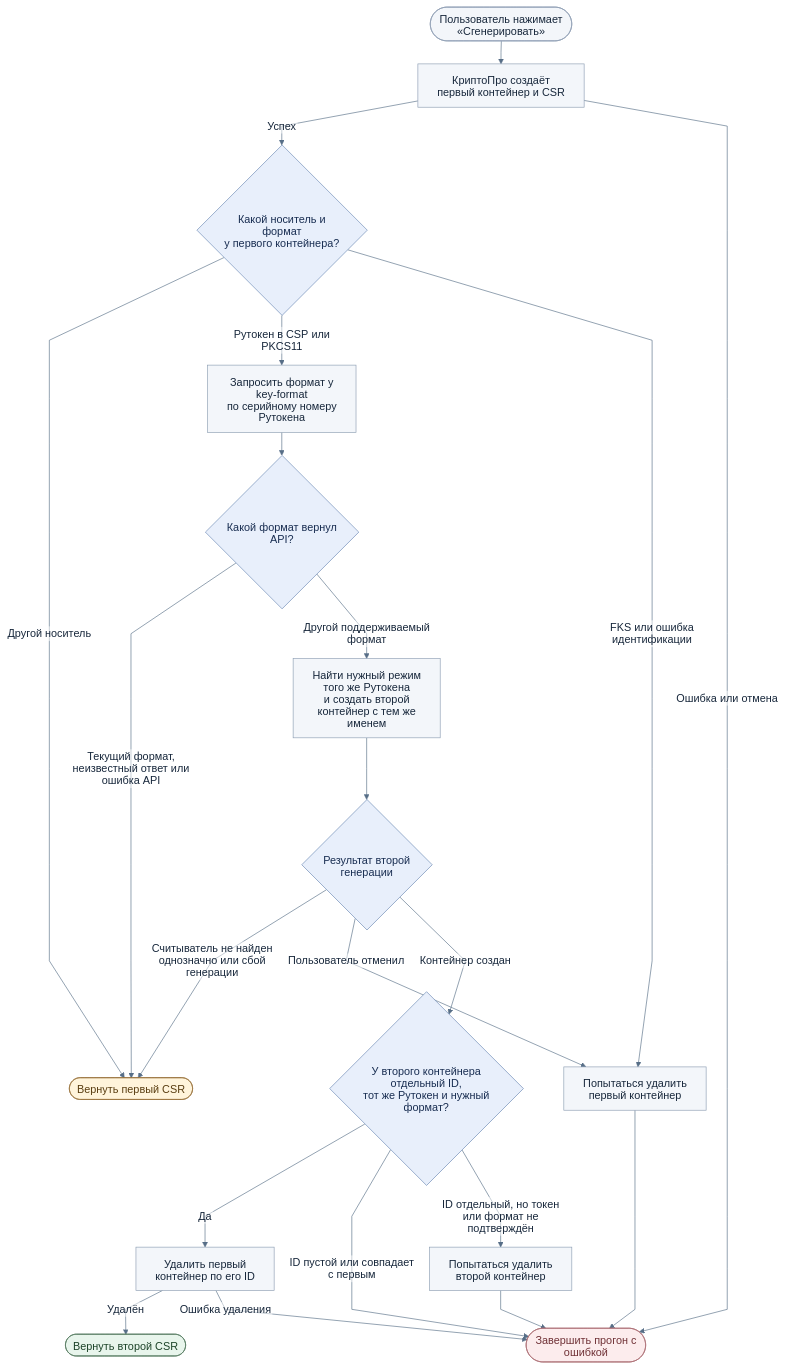
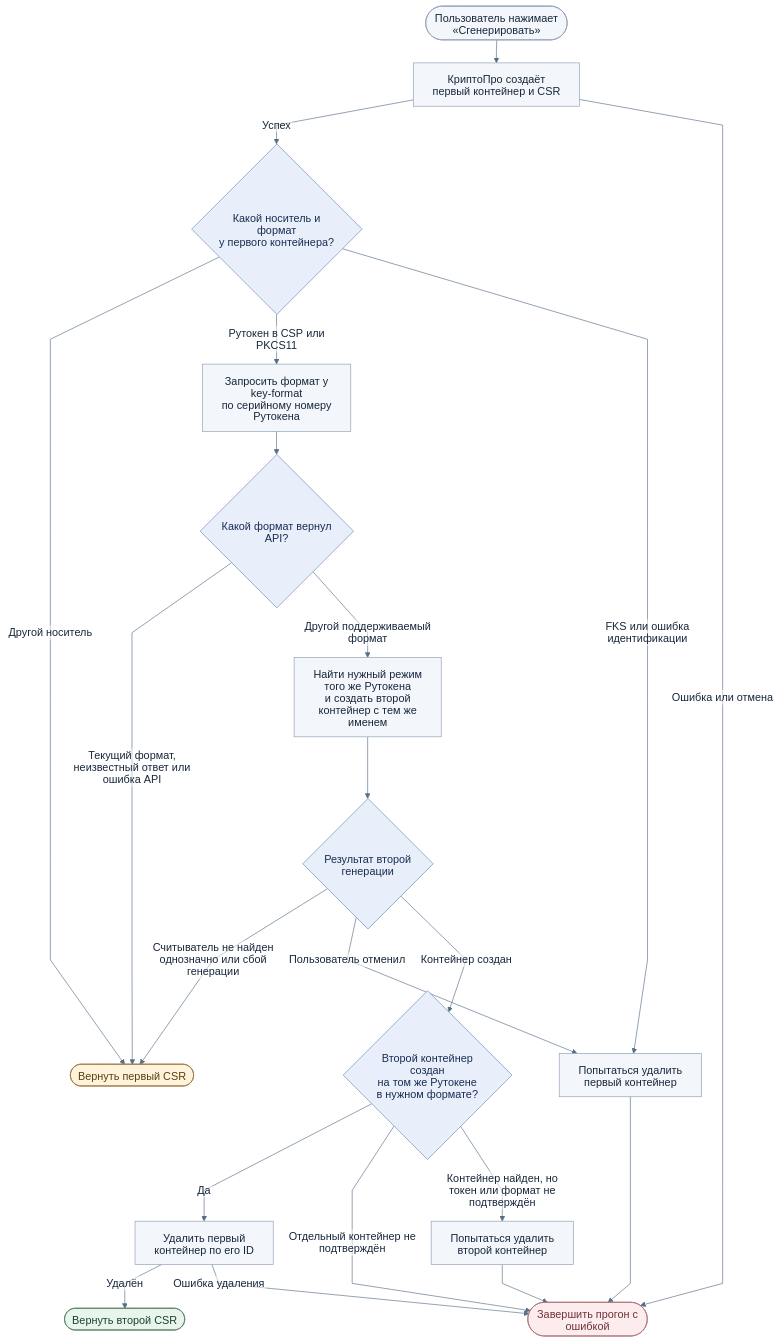
One commit to psevdomak/crypto-test changed the diagram in reissue/reissue-flow.mmd. Above: the diagram before and after it, drawn with Mermaid. The commit also changed 2 other files, not shown here.

Commit message:
Simplify the final-container decision in the reissue flowchart

```diff
--- a/reissue/reissue-flow.mmd
+++ b/reissue/reissue-flow.mmd
@@ -1,65 +1,65 @@
 ---
 config:
   theme: base
   htmlLabels: false
   themeCSS: |
     text { font-family: system-ui, sans-serif; }
     .background { fill: #fff; }
   themeVariables:
     fontFamily: 'system-ui, sans-serif'
     fontSize: '17px'
     primaryColor: '#f3f6fa'
     primaryTextColor: '#17273b'
     primaryBorderColor: '#8c9db2'
     lineColor: '#576e87'
     edgeLabelBackground: '#ffffff'
   flowchart:
     curve: linear
     nodeSpacing: 24
     rankSpacing: 36
 ---
 flowchart TD
     accTitle: Динамическая генерация ключей
     accDescr: Выбор формата ключа по серийному номеру Рутокена, повторная генерация, фолбэк и очистка контейнеров.
     START([Пользователь нажимает «Сгенерировать»])
     FIRST["КриптоПро создаёт первый контейнер и CSR"]
     TOKEN{"Какой носитель и формат<br/>у первого контейнера?"}
     API["Запросить формат у key-format<br/>по серийному номеру Рутокена"]
     FORMAT{"Какой формат вернул API?"}
     SECOND["Найти нужный режим того же Рутокена<br/>и создать второй контейнер с тем же именем"]
     RESULT{"Результат второй генерации"}
-    CHECK{"У второго контейнера отдельный ID,<br/>тот же Рутокен и нужный формат?"}
+    CHECK{"Второй контейнер создан<br/>на том же Рутокене<br/>в нужном формате?"}
     CLEAN["Удалить первый контейнер по его ID"]
     KEEP([Вернуть первый CSR])
     DONE([Вернуть второй CSR])
     FAIL([Завершить прогон с ошибкой])
 
     START --> FIRST
     FIRST -->|Успех| TOKEN
     FIRST -->|Ошибка или отмена| FAIL
     TOKEN -->|Другой носитель| KEEP
     TOKEN -->|Рутокен в CSP или PKCS11| API
     TOKEN -->|FKS или ошибка идентификации| DROP1["Попытаться удалить первый контейнер"] --> FAIL
 
     API --> FORMAT
     FORMAT -->|Текущий формат, неизвестный ответ или ошибка API| KEEP
     FORMAT -->|Другой поддерживаемый формат| SECOND
     SECOND --> RESULT
     RESULT -->|Считыватель не найден однозначно или сбой генерации| KEEP
     RESULT -->|Пользователь отменил| DROP1
     RESULT -->|Контейнер создан| CHECK
 
     CHECK -->|Да| CLEAN
-    CHECK -->|ID пустой или совпадает с первым| FAIL
-    CHECK -->|ID отдельный, но токен или формат не подтверждён| DROP2["Попытаться удалить второй контейнер"] --> FAIL
+    CHECK -->|Отдельный контейнер не подтверждён| FAIL
+    CHECK -->|Контейнер найден, но токен или формат не подтверждён| DROP2["Попытаться удалить второй контейнер"] --> FAIL
     CLEAN -->|Удалён| DONE
     CLEAN -->|Ошибка удаления| FAIL
 
     classDef choice fill:#e8effb,stroke:#6986b3,color:#182d51
     classDef success fill:#e8f5ec,stroke:#52785d,color:#1c4328
     classDef fallback fill:#fff4db,stroke:#97713a,color:#593d10
     classDef failure fill:#fceced,stroke:#ab6c72,color:#6f3136
     class TOKEN,FORMAT,RESULT,CHECK choice
     class DONE success
     class KEEP fallback
     class FAIL failure
```
